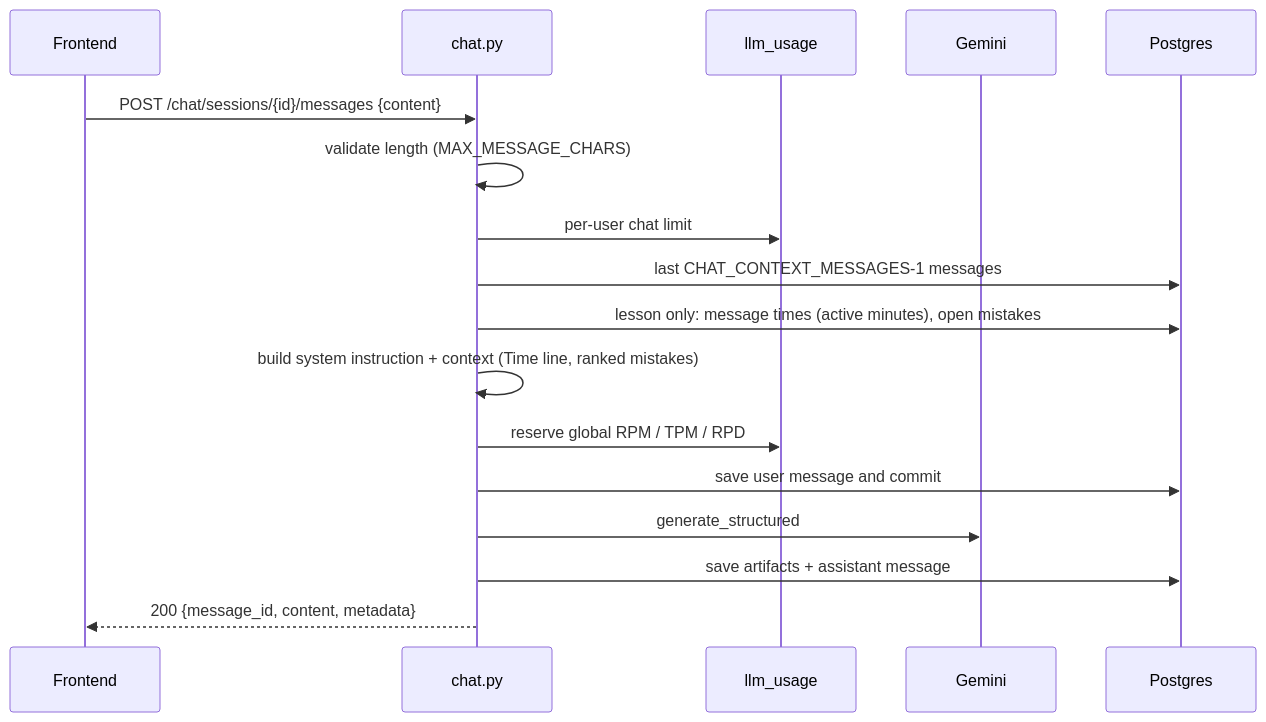
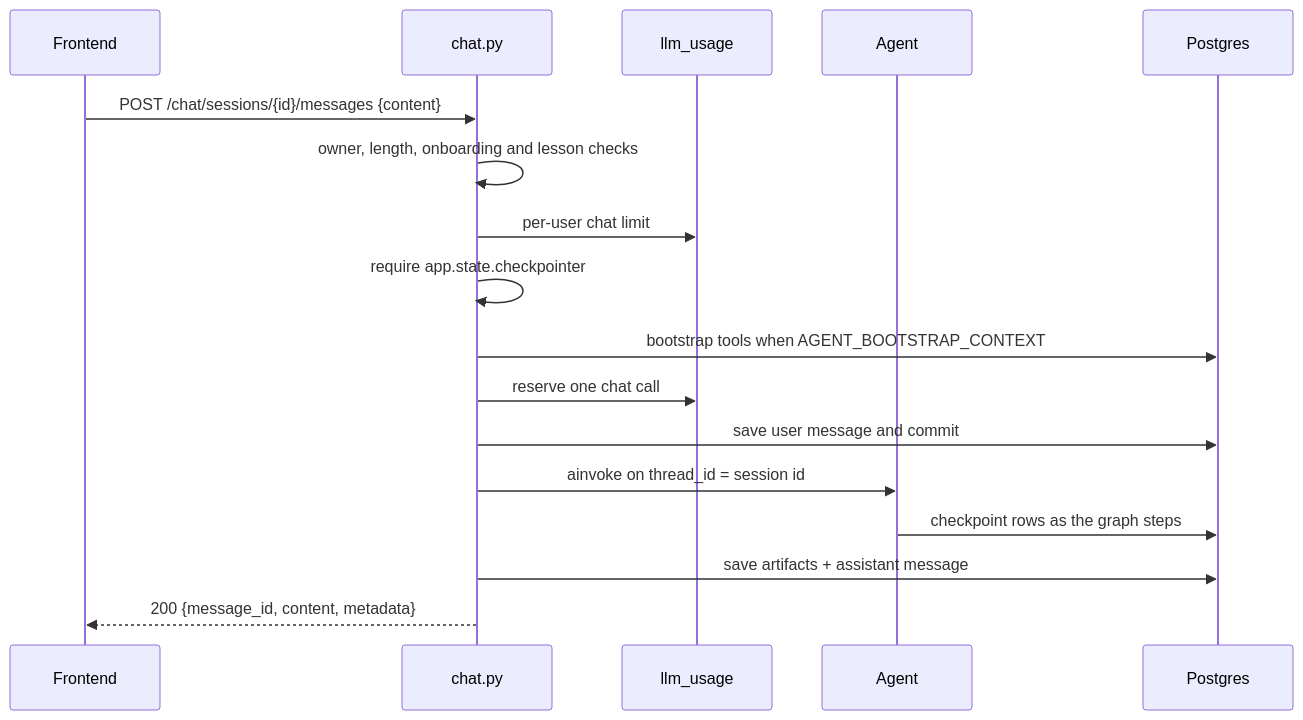
One commit to paulpolz/lingua-coach changed the second of 4 diagrams in docs/tech_requirements/backend.md. Above: the diagram before and after it, drawn with Mermaid. The commit also changed other lines of this file and 52 other files, not shown here.

````diff
--- a/docs/tech_requirements/backend.md
+++ b/docs/tech_requirements/backend.md
@@ -90,19 +99,19 @@
 ```mermaid
 sequenceDiagram
   participant F as Frontend
   participant A as chat.py
   participant L as llm_usage
-  participant G as Gemini
+  participant G as Agent
   participant D as Postgres
   F->>A: POST /chat/sessions/{id}/messages {content}
-  A->>A: validate length (MAX_MESSAGE_CHARS)
+  A->>A: owner, length, onboarding and lesson checks
   A->>L: per-user chat limit
-  A->>D: last CHAT_CONTEXT_MESSAGES-1 messages
-  A->>D: lesson only: message times (active minutes), open mistakes
-  A->>A: build system instruction + context (Time line, ranked mistakes)
-  A->>L: reserve global RPM / TPM / RPD
+  A->>A: require app.state.checkpointer
+  A->>D: bootstrap tools when AGENT_BOOTSTRAP_CONTEXT
+  A->>L: reserve one chat call
   A->>D: save user message and commit
-  A->>G: generate_structured
+  A->>G: ainvoke on thread_id = session id
+  G->>D: checkpoint rows as the graph steps
   A->>D: save artifacts + assistant message
   A-->>F: 200 {message_id, content, metadata}
 ```
````
